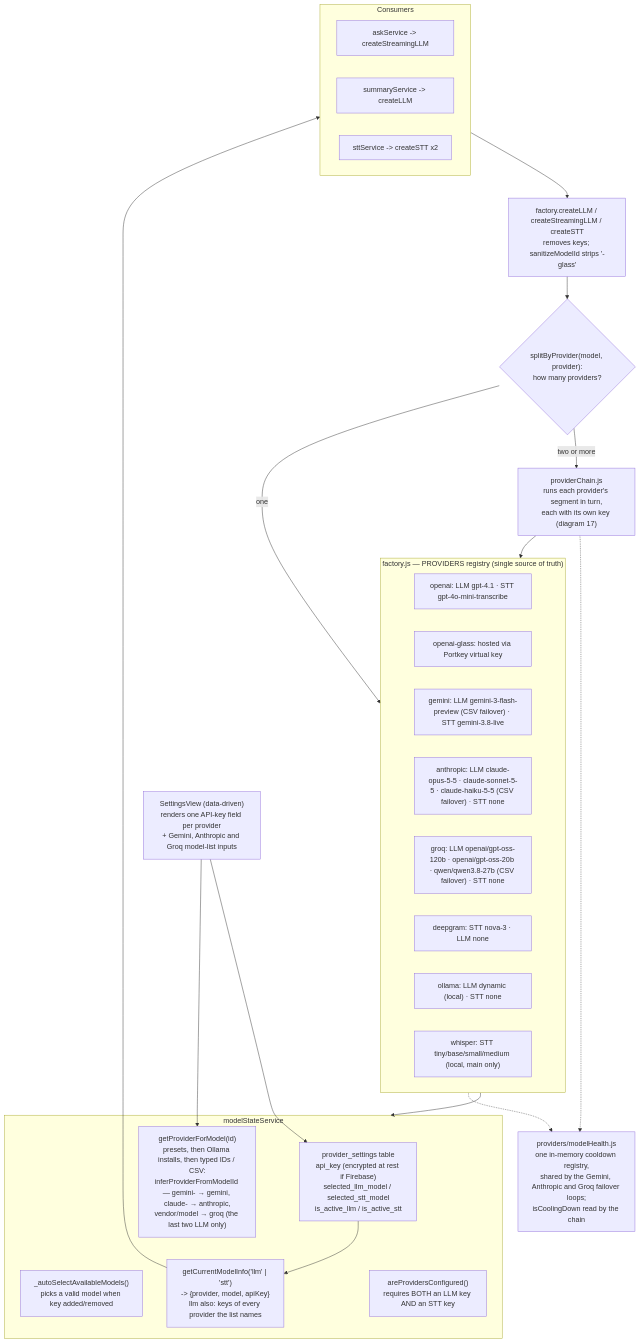
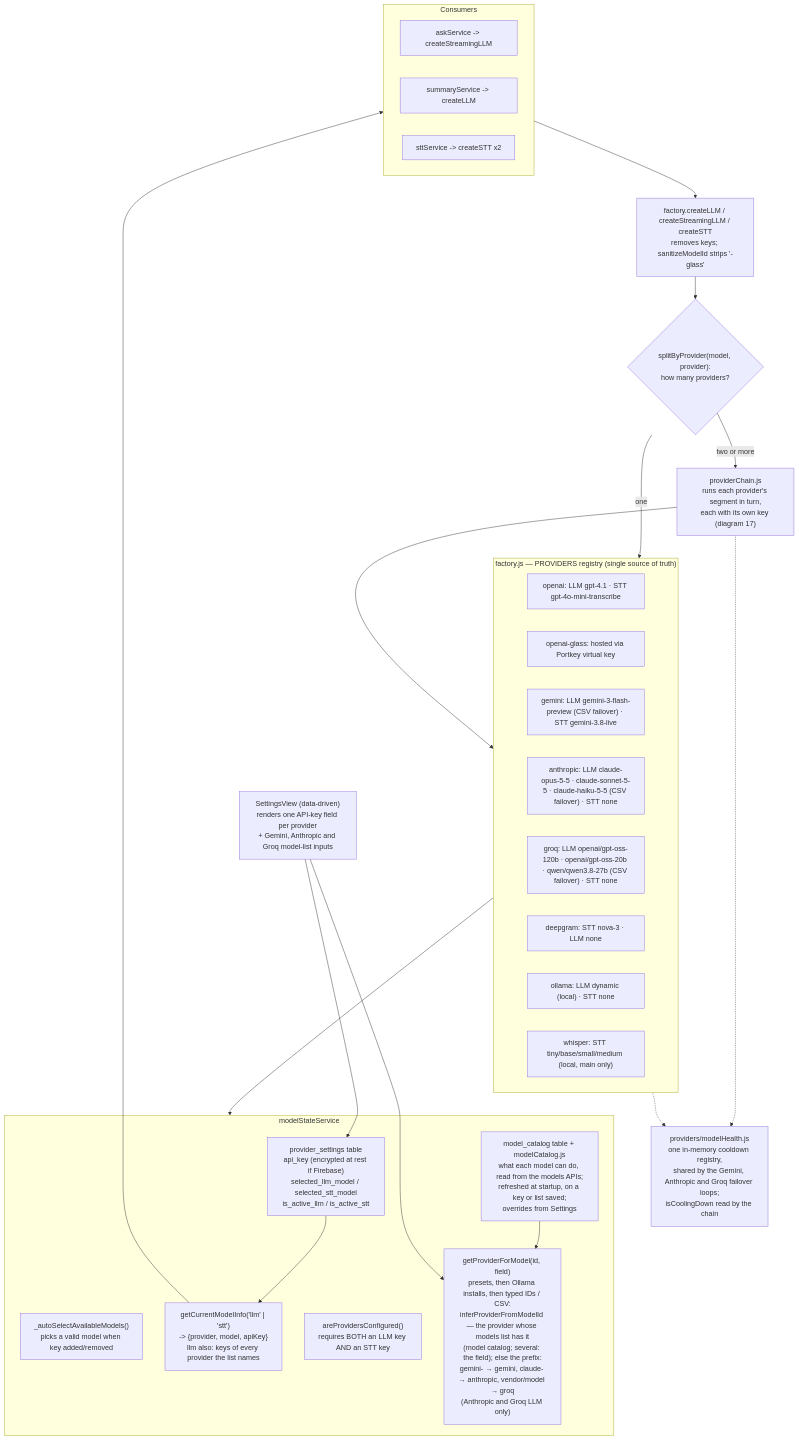
The diagram in docs/diagrams/10-provider-factory-and-model-state.mmd (tas88-sys/glass), drawn with Mermaid before and after one commit. The commit also changed 22 other files, not shown here.

First line of the commit message:
document the model catalog and add its spec

```diff
--- a/docs/diagrams/10-provider-factory-and-model-state.mmd
+++ b/docs/diagrams/10-provider-factory-and-model-state.mmd
@@ -1,45 +1,47 @@
 %% 10 - AI Provider Factory + Model State resolution
 %% A single registry (factory.js PROVIDERS) drives the whole model layer and the
 %% Settings UI. modelStateService resolves {provider, model, apiKey} at call time,
 %% plus keys for an LLM list that names several providers (diagram 17).
 flowchart TB
     subgraph registry["factory.js — PROVIDERS registry (single source of truth)"]
         direction LR
         r1["openai: LLM gpt-4.1 · STT gpt-4o-mini-transcribe"]
         r2["openai-glass: hosted via Portkey virtual key"]
         r3["gemini: LLM gemini-3-flash-preview (CSV failover) · STT gemini-3.8-live"]
         r4["anthropic: LLM claude-opus-5-5 · claude-sonnet-5-5 · claude-haiku-5-5 (CSV failover) · STT none"]
         r8["groq: LLM openai/gpt-oss-120b · openai/gpt-oss-20b · qwen/qwen3.8-27b (CSV failover) · STT none"]
         r5["deepgram: STT nova-3 · LLM none"]
         r6["ollama: LLM dynamic (local) · STT none"]
         r7["whisper: STT tiny/base/small/medium (local, main only)"]
     end
 
     subgraph state["modelStateService"]
         keys["provider_settings table<br/>api_key (encrypted at rest if Firebase)<br/>selected_llm_model / selected_stt_model<br/>is_active_llm / is_active_stt"]
         auto["_autoSelectAvailableModels()<br/>picks a valid model when key added/removed"]
         resolve["getCurrentModelInfo('llm' | 'stt')<br/>-> {provider, model, apiKey}<br/>llm also: keys of every provider the list names"]
         gate["areProvidersConfigured()<br/>requires BOTH an LLM key AND an STT key"]
-        infer["getProviderForModel(id)<br/>presets, then Ollama installs, then typed IDs / CSV:<br/>inferProviderFromModelId — gemini- → gemini, claude- → anthropic,<br/>vendor/model → groq (the last two LLM only)"]
+        infer["getProviderForModel(id, field)<br/>presets, then Ollama installs, then typed IDs / CSV:<br/>inferProviderFromModelId — the provider whose models list has it<br/>(model catalog; several: the field); else the prefix:<br/>gemini- → gemini, claude- → anthropic, vendor/model → groq<br/>(Anthropic and Groq LLM only)"]
+        catalog["model_catalog table + modelCatalog.js<br/>what each model can do, read from the models APIs;<br/>refreshed at startup, on a key or list saved;<br/>overrides from Settings"]
     end
 
     subgraph consumers["Consumers"]
         ask["askService -> createStreamingLLM"]
         summ["summaryService -> createLLM"]
         stt["sttService -> createSTT x2"]
     end
 
     registry --> state
+    catalog --> infer
     keys --> resolve
     resolve --> consumers
     consumers --> dispatch["factory.createLLM / createStreamingLLM / createSTT<br/>removes keys; sanitizeModelId strips '-glass'"]
     dispatch --> split{"splitByProvider(model, provider):<br/>how many providers?"}
     split -->|"one"| registry
     split -->|"two or more"| chain["providerChain.js<br/>runs each provider's segment in turn,<br/>each with its own key (diagram 17)"]
     chain --> registry
 
     settingsui["SettingsView (data-driven)<br/>renders one API-key field per provider<br/>+ Gemini, Anthropic and Groq model-list inputs"] --> keys
     settingsui --> infer
     health["providers/modelHealth.js<br/>one in-memory cooldown registry,<br/>shared by the Gemini, Anthropic and Groq failover loops;<br/>isCoolingDown read by the chain"]
     registry -.-> health
     chain -.-> health
```
